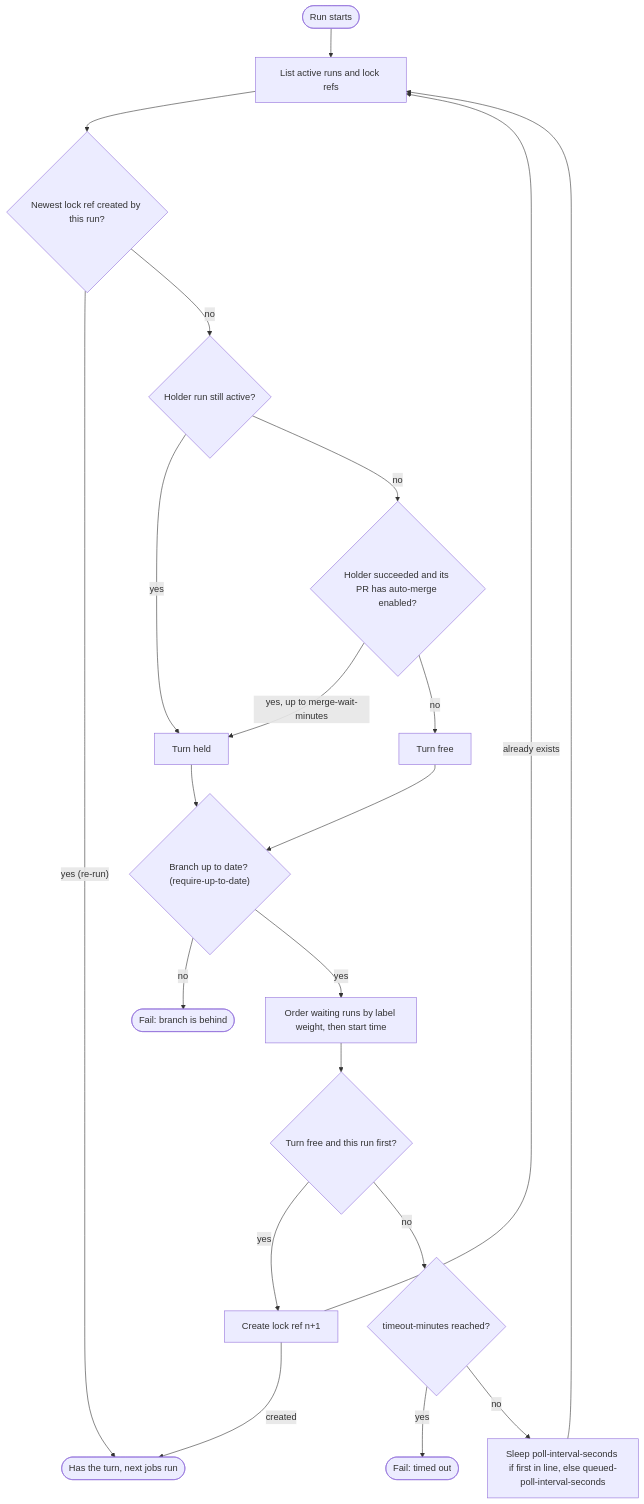
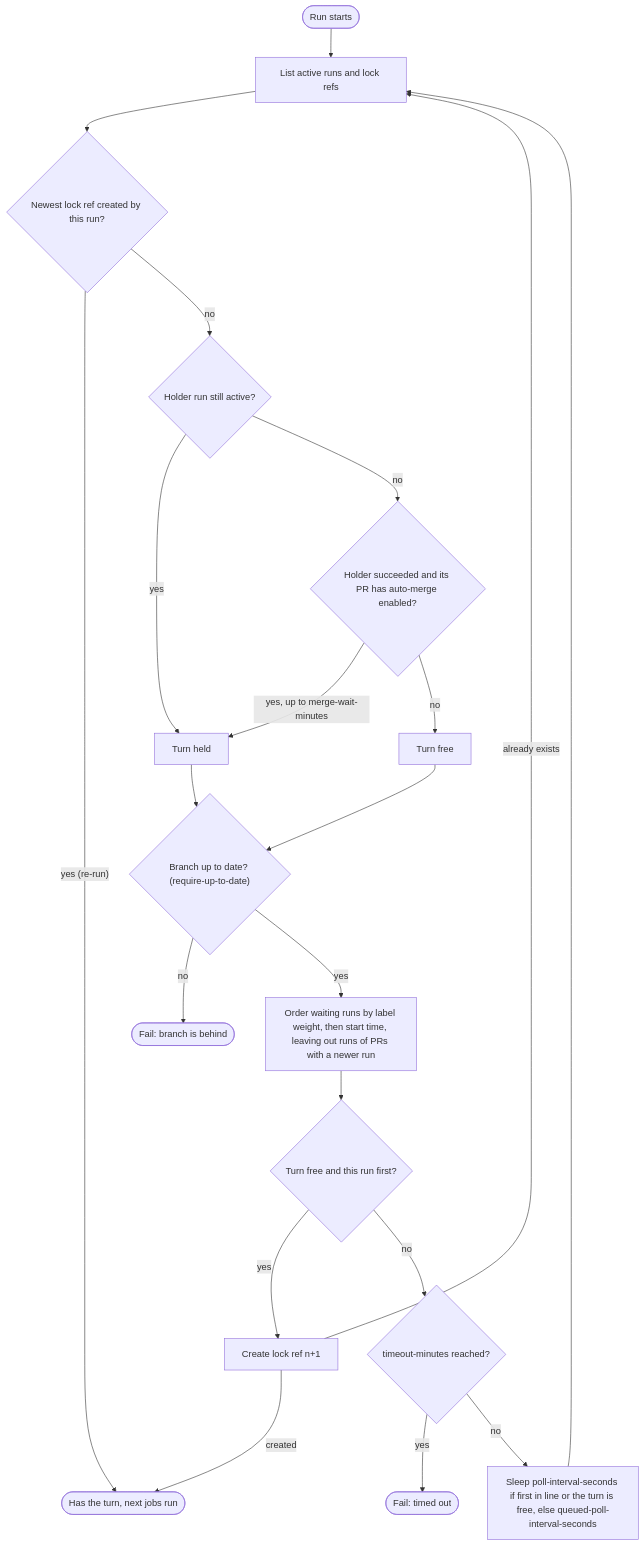
One commit to actions-marketplace-validations/udondan_wait-for-turn changed the diagram in README.md. Above: the diagram before and after it, drawn with Mermaid. The commit also changed other lines of this file and 2 other files, not shown here.

Commit message:
fix: leave outdated runs out of the queue and check often while the turn is free (#11)

````diff
--- a/README.md
+++ b/README.md
@@ -19,23 +19,23 @@
 ```mermaid
 flowchart TD
     start([Run starts]) --> poll[List active runs and lock refs]
     poll --> own{Newest lock ref created by this run?}
     own -- "yes (re-run)" --> done([Has the turn, next jobs run])
     own -- no --> active{Holder run still active?}
     active -- yes --> held[Turn held]
     active -- no --> merge{"Holder succeeded and its PR has auto-merge enabled?"}
     merge -- "yes, up to merge-wait-minutes" --> held
     merge -- no --> free[Turn free]
     held --> uptodate{"Branch up to date? (require-up-to-date)"}
     free --> uptodate
     uptodate -- no --> outdated([Fail: branch is behind])
-    uptodate -- yes --> queue[Order waiting runs by label weight, then start time]
+    uptodate -- yes --> queue["Order waiting runs by label weight, then start time, leaving out runs of PRs with a newer run"]
     queue --> first{Turn free and this run first?}
     first -- yes --> take[Create lock ref n+1]
     take -- created --> done
     take -- "already exists" --> poll
     first -- no --> timeout{timeout-minutes reached?}
     timeout -- yes --> timedout([Fail: timed out])
-    timeout -- no --> sleep["Sleep poll-interval-seconds if first in line, else queued-poll-interval-seconds"]
+    timeout -- no --> sleep["Sleep poll-interval-seconds if first in line or the turn is free, else queued-poll-interval-seconds"]
     sleep --> poll
 ```
````
